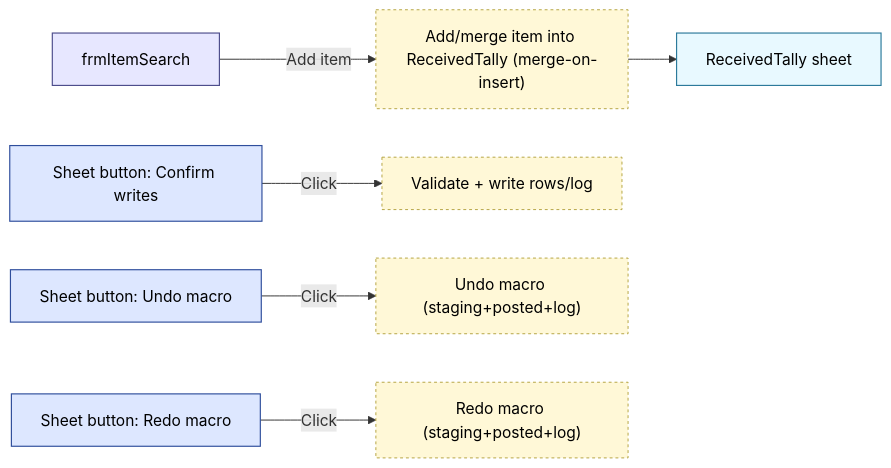
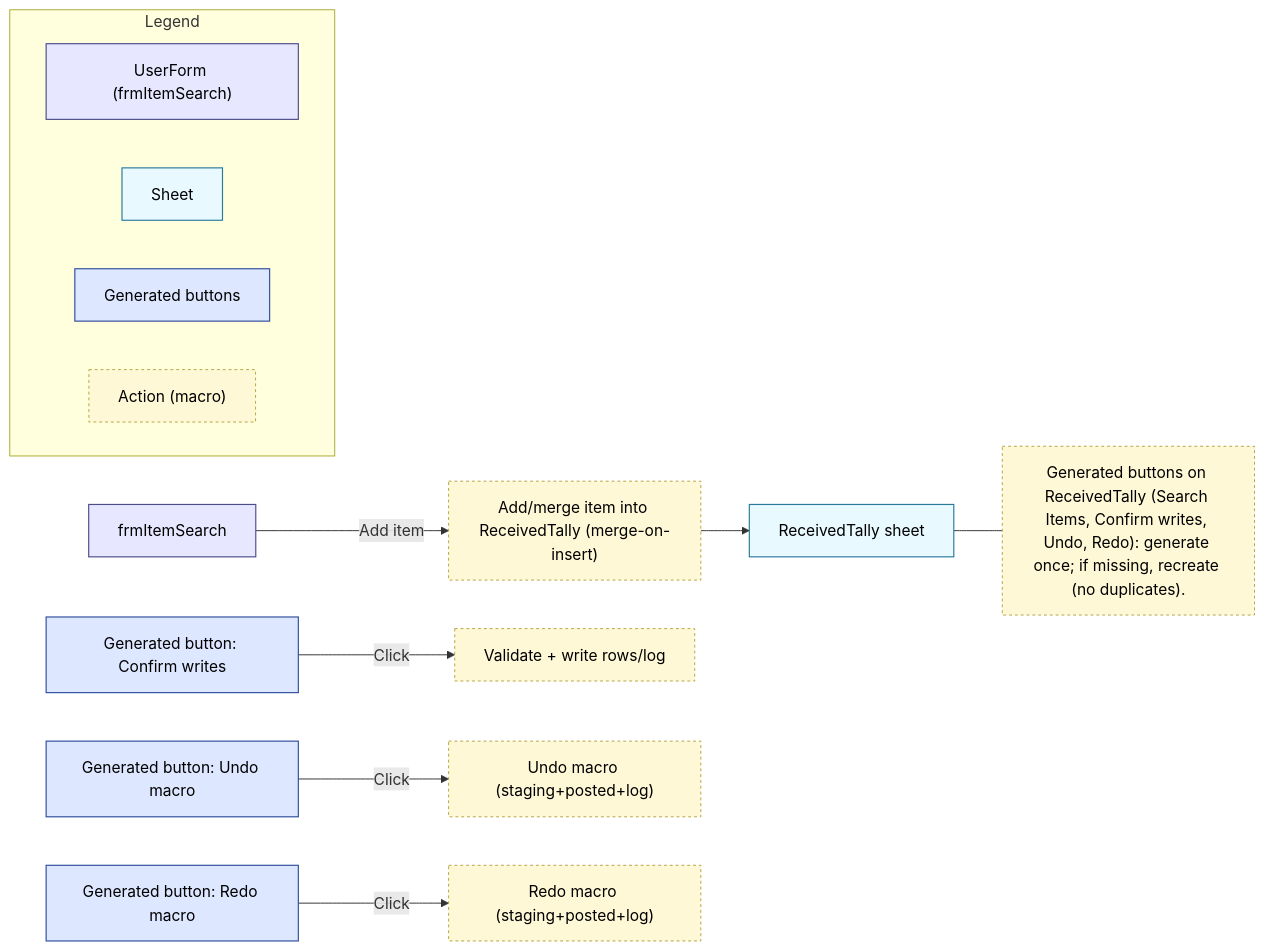
Before and after one commit to justinwj/invSys: the diagram in plan docs/ReceivedTallySystem/01_forms_map.md, drawn with Mermaid. The commit also changed 9 other files, not shown here.

````diff
--- a/plan docs/ReceivedTallySystem/01_forms_map.md
+++ b/plan docs/ReceivedTallySystem/01_forms_map.md
@@ -4,23 +4,35 @@
 ```mermaid
 flowchart LR
     classDef form fill:#e7e7ff,stroke:#4d4d8c,color:#000,stroke-width:1.2px;
+    classDef genbtn fill:#dde7ff,stroke:#2f4e9c,color:#000,stroke-width:1.2px;
     classDef sheet fill:#e8f9ff,stroke:#2c7a9b,color:#000,stroke-width:1.2px;
-    classDef button fill:#dde7ff,stroke:#2f4e9c,color:#000,stroke-width:1.2px;
     classDef action fill:#fff8d7,stroke:#b5a542,color:#000,stroke-dasharray:3 3;
 
     FRM["frmItemSearch"]:::form
     SHEET["ReceivedTally sheet"]:::sheet
-    BTN_CONFIRM["Sheet button: Confirm writes"]:::button
-    BTN_UNDO["Sheet button: Undo macro"]:::button
-    BTN_REDO["Sheet button: Redo macro"]:::button
+    BTN_CONFIRM["Generated button: Confirm writes"]:::genbtn
+    BTN_UNDO["Generated button: Undo macro"]:::genbtn
+    BTN_REDO["Generated button: Redo macro"]:::genbtn
 
     ACT_ADD["Add/merge item into ReceivedTally (merge-on-insert)"]:::action
     ACT_CONFIRM["Validate + write rows/log"]:::action
     ACT_UNDO["Undo macro (staging+posted+log)"]:::action
     ACT_REDO["Redo macro (staging+posted+log)"]:::action
+    NOTE_DUP["Generated buttons on ReceivedTally (Search Items, Confirm writes, Undo, Redo): generate once; if missing, recreate (no duplicates)."]:::action
 
     FRM -->|Add item| ACT_ADD --> SHEET
     BTN_CONFIRM -->|Click| ACT_CONFIRM
     BTN_UNDO -->|Click| ACT_UNDO
     BTN_REDO -->|Click| ACT_REDO
+
+    %% Legend
+    subgraph Legend [Legend]
+      direction LR
+      L1["UserForm (frmItemSearch)"]:::form
+      L2["Sheet"]:::sheet
+      L3["Generated buttons"]:::genbtn
+      L4["Action (macro)"]:::action
+    end
+
+    SHEET --- NOTE_DUP
 ```
````
